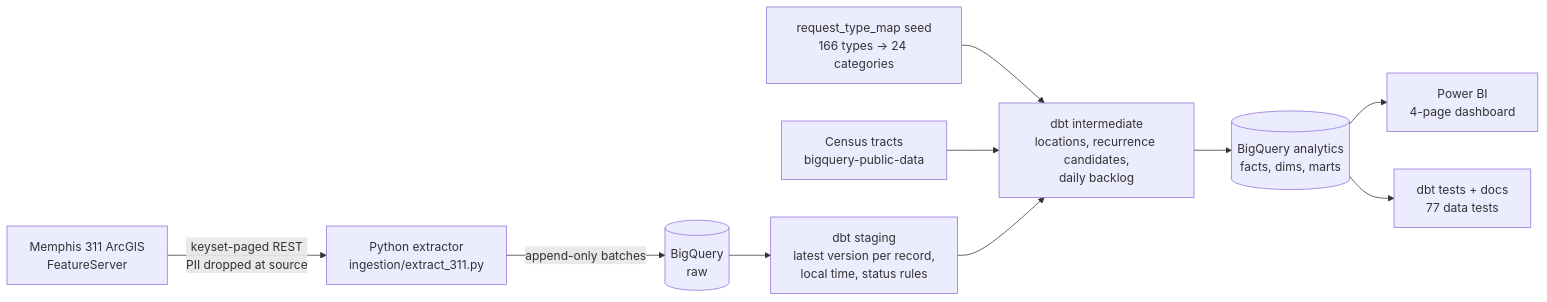
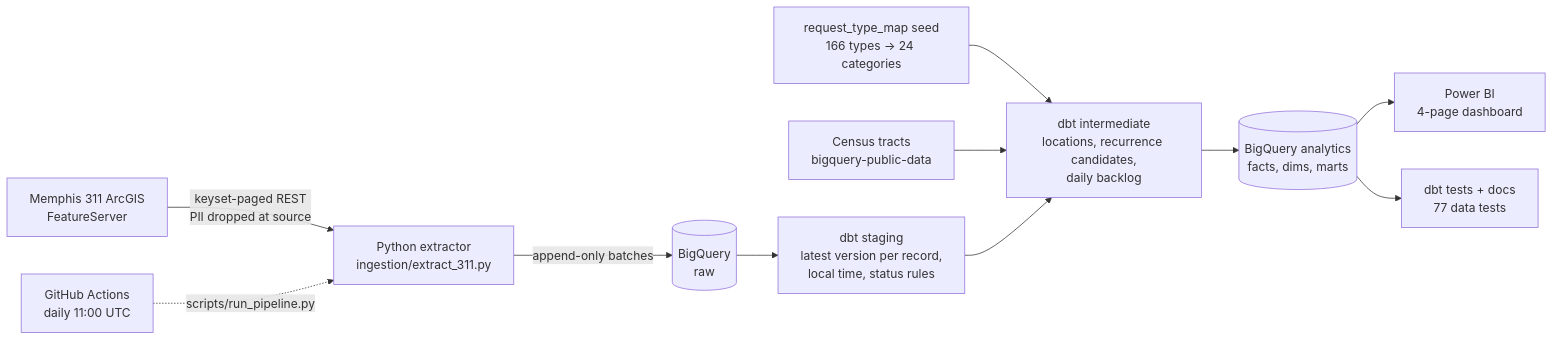
Before and after one commit to jpbranson/mem-311: the diagram in README.md, drawn with Mermaid. The commit also changed other lines of this file and 2 other files, not shown here.

````diff
--- a/README.md
+++ b/README.md
@@ -34,12 +35,13 @@
 ```mermaid
 flowchart LR
     A["Memphis 311 ArcGIS<br/>FeatureServer"] -->|"keyset-paged REST<br/>PII dropped at source"| B["Python extractor<br/>ingestion/extract_311.py"]
+    S["GitHub Actions<br/>daily 11:00 UTC"] -.->|"scripts/run_pipeline.py"| B
     B -->|"append-only batches"| C[("BigQuery<br/>raw")]
     C --> D["dbt staging<br/>latest version per record,<br/>local time, status rules"]
     R["request_type_map seed<br/>166 types → 24 categories"] --> E
     G["Census tracts<br/>bigquery-public-data"] --> E
     D --> E["dbt intermediate<br/>locations, recurrence candidates,<br/>daily backlog"]
     E --> F[("BigQuery analytics<br/>facts, dims, marts")]
     F --> P["Power BI<br/>4-page dashboard"]
     F --> T["dbt tests + docs<br/>77 data tests"]
 ```
````
